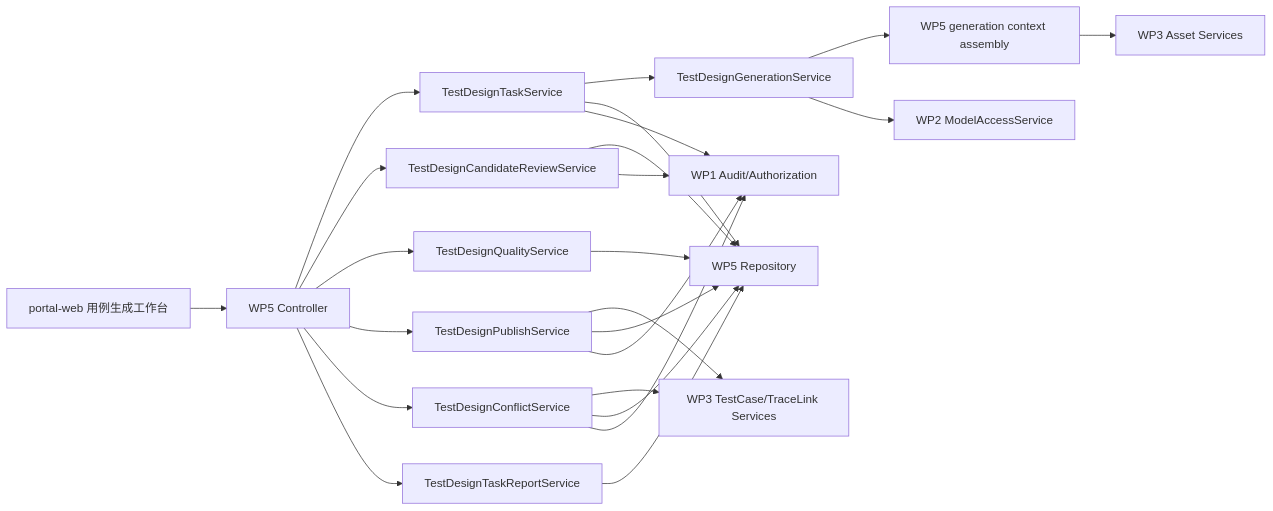
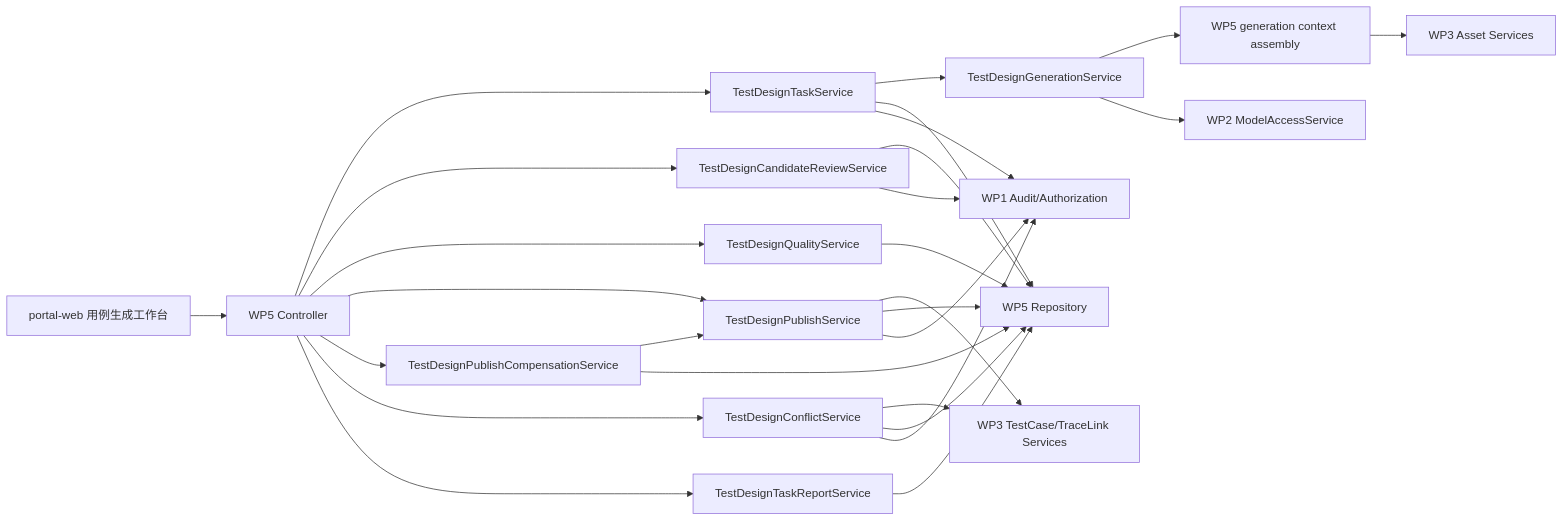
Before and after one commit to Sunhg2017/veri-agent: the diagram in doc/mvp/final/engineering/WP5-AI用例生成与评审-技术设计与接口契约.md, drawn with Mermaid. The commit also changed other lines of this file and 23 other files, not shown here.

First line of the commit message:
wp5: add restricted publish compensation backend

````diff
--- a/doc/mvp/final/engineering/WP5-AI用例生成与评审-技术设计与接口契约.md
+++ b/doc/mvp/final/engineering/WP5-AI用例生成与评审-技术设计与接口契约.md
@@ -25,26 +25,29 @@
 ```mermaid
 flowchart LR
     UI["portal-web 用例生成工作台"] --> API["WP5 Controller"]
     API --> TASK["TestDesignTaskService"]
     API --> REV["TestDesignCandidateReviewService"]
     API --> QUAL["TestDesignQualityService"]
     API --> PUB["TestDesignPublishService"]
+    API --> COMP["TestDesignPublishCompensationService"]
     API --> CONFLICT["TestDesignConflictService"]
     API --> REPORT["TestDesignTaskReportService"]
     TASK --> GEN["TestDesignGenerationService"]
     GEN --> CTX["WP5 generation context assembly"]
     CTX --> WP3R["WP3 Asset Services"]
     GEN --> WP2["WP2 ModelAccessService"]
     PUB --> WP3W["WP3 TestCase/TraceLink Services"]
     CONFLICT --> WP3W
     TASK --> REPO["WP5 Repository"]
     REV --> REPO
     QUAL --> REPO
     PUB --> REPO
+    COMP --> PUB
+    COMP --> REPO
     CONFLICT --> REPO
     REPORT --> REPO
     TASK --> AUDIT["WP1 Audit/Authorization"]
     REV --> AUDIT
     PUB --> AUDIT
     CONFLICT --> AUDIT
 ```
````
